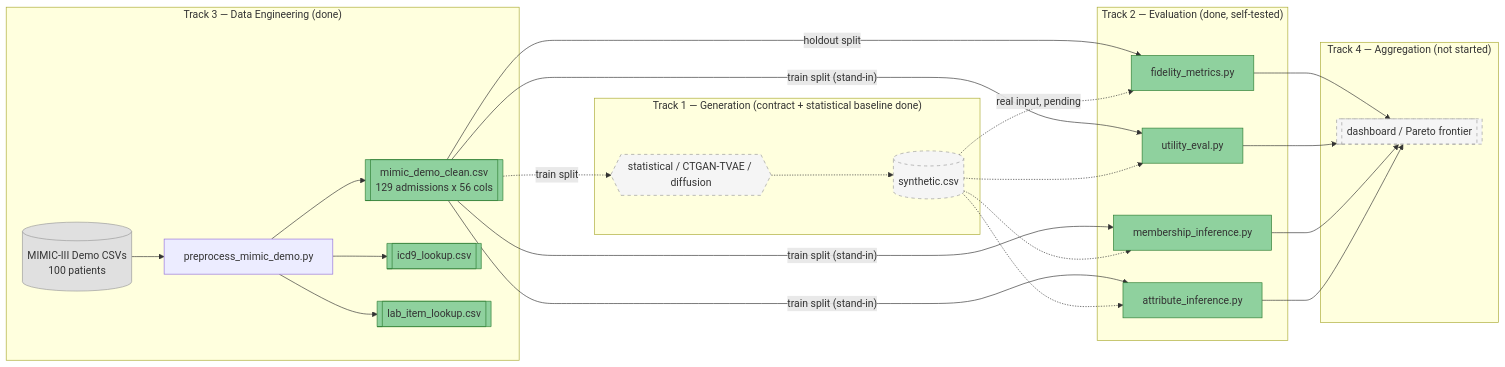
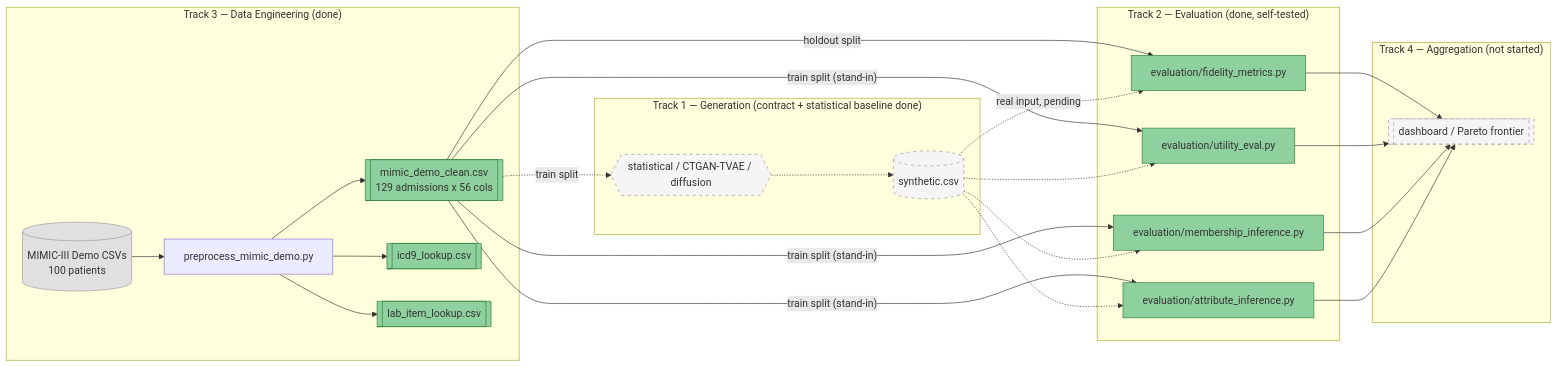
The diagram in README.md (Ganglet/Doppel), drawn with Mermaid before and after one commit. The commit also changed other lines of this file and 13 other files, not shown here.

````diff
--- a/README.md
+++ b/README.md
@@ -23,44 +23,44 @@
 ```mermaid
 flowchart LR
     subgraph T3["Track 3 — Data Engineering (done)"]
         RAW[("MIMIC-III Demo CSVs\n100 patients")] --> PREP["preprocess_mimic_demo.py"]
         PREP --> CLEAN[["mimic_demo_clean.csv\n129 admissions x 56 cols"]]
         PREP --> ICD[["icd9_lookup.csv"]]
         PREP --> LAB[["lab_item_lookup.csv"]]
     end
 
     subgraph T1["Track 1 — Generation (contract + statistical baseline done)"]
         CLEAN -. train split .-> GEN{{"statistical / CTGAN-TVAE / diffusion"}}
         GEN -.-> SYN[("synthetic.csv")]
     end
 
     subgraph T2["Track 2 — Evaluation (done, self-tested)"]
-        CLEAN -- holdout split --> FID["fidelity_metrics.py"]
-        CLEAN -- "train split (stand-in)" --> UTIL["utility_eval.py"]
-        CLEAN -- "train split (stand-in)" --> MIA["membership_inference.py"]
-        CLEAN -- "train split (stand-in)" --> ATTR["attribute_inference.py"]
+        CLEAN -- holdout split --> FID["evaluation/fidelity_metrics.py"]
+        CLEAN -- "train split (stand-in)" --> UTIL["evaluation/utility_eval.py"]
+        CLEAN -- "train split (stand-in)" --> MIA["evaluation/membership_inference.py"]
+        CLEAN -- "train split (stand-in)" --> ATTR["evaluation/attribute_inference.py"]
         SYN -. "real input, pending" .-> FID
         SYN -.-> UTIL
         SYN -.-> MIA
         SYN -.-> ATTR
     end
 
     subgraph T4["Track 4 — Aggregation (not started)"]
         FID --> DASH[["dashboard / Pareto frontier"]]
         UTIL --> DASH
         MIA --> DASH
         ATTR --> DASH
     end
 
     style RAW fill:#e0e0e0,stroke:#999
     style CLEAN fill:#8fd19e,stroke:#2e7d32
     style ICD fill:#8fd19e,stroke:#2e7d32
     style LAB fill:#8fd19e,stroke:#2e7d32
     style GEN fill:#f5f5f5,stroke:#999,stroke-dasharray: 5 5
     style SYN fill:#f5f5f5,stroke:#999,stroke-dasharray: 5 5
     style FID fill:#8fd19e,stroke:#2e7d32
     style UTIL fill:#8fd19e,stroke:#2e7d32
     style MIA fill:#8fd19e,stroke:#2e7d32
     style ATTR fill:#8fd19e,stroke:#2e7d32
     style DASH fill:#f5f5f5,stroke:#999,stroke-dasharray: 5 5
 ```
````
